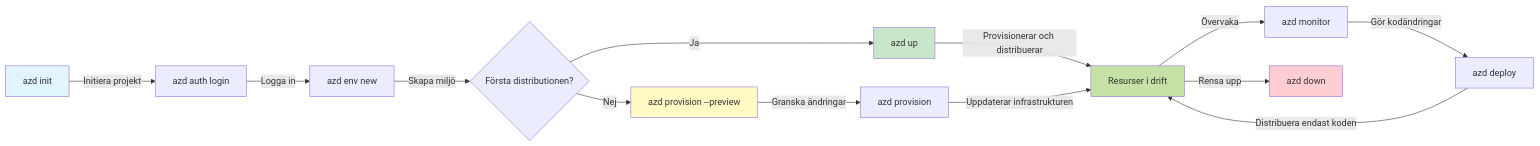
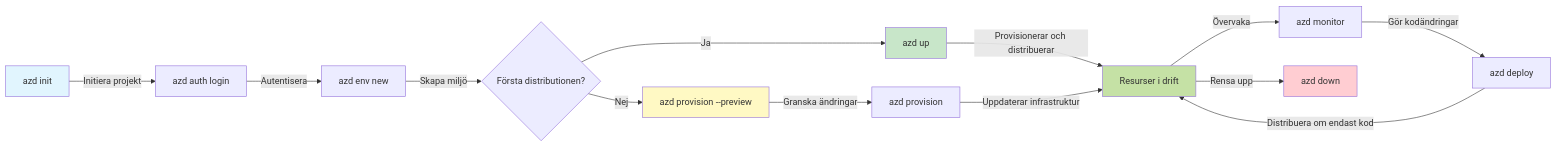
One commit to microsoft/AZD-for-beginners changed the first of 2 diagrams in translations/sv/docs/chapter-01-foundation/azd-basics.md. Above: the diagram before and after it, drawn with Mermaid. The commit also changed other lines of this file and 101 other files, not shown here.

````diff
--- a/translations/sv/docs/chapter-01-foundation/azd-basics.md
+++ b/translations/sv/docs/chapter-01-foundation/azd-basics.md
@@ -254,21 +269,21 @@
 ```mermaid
 graph LR
     A[azd init] -->|Initiera projekt| B[azd auth login]
-    B -->|Logga in| C[azd env new]
+    B -->|Autentisera| C[azd env new]
     C -->|Skapa miljö| D{Första distributionen?}
     D -->|Ja| E[azd up]
     D -->|Nej| F[azd provision --preview]
     F -->|Granska ändringar| G[azd provision]
     E -->|Provisionerar och distribuerar| H[Resurser i drift]
-    G -->|Uppdaterar infrastrukturen| H
+    G -->|Uppdaterar infrastruktur| H
     H -->|Övervaka| I[azd monitor]
     I -->|Gör kodändringar| J[azd deploy]
-    J -->|Distribuera endast koden| H
+    J -->|Distribuera om endast kod| H
     H -->|Rensa upp| K[azd down]
     
     style A fill:#e1f5fe
     style E fill:#c8e6c9
     style F fill:#fff9c4
     style H fill:#c5e1a5
     style K fill:#ffcdd2
 ```
````
